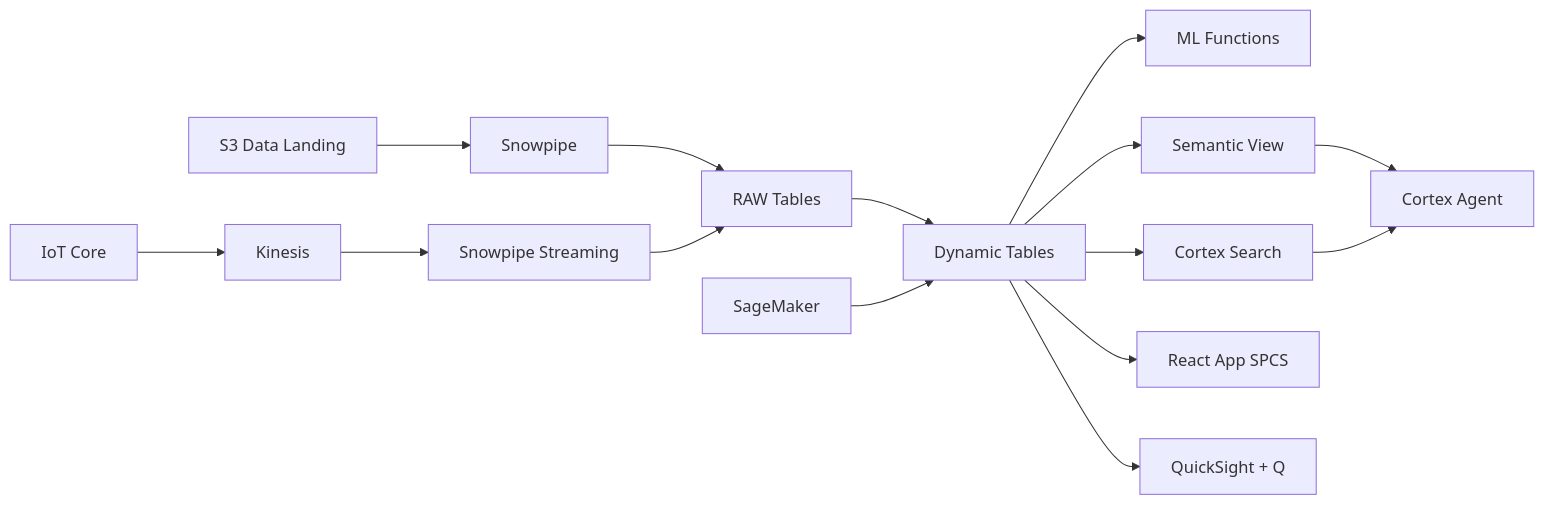
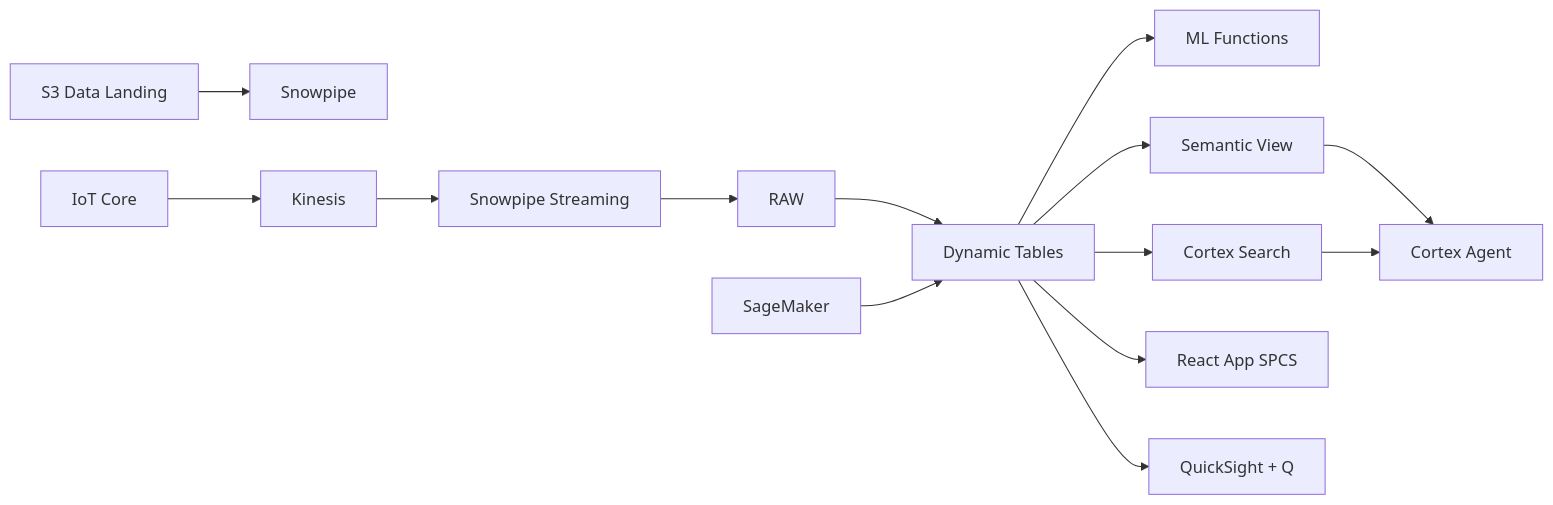
The diagram in README.md (sfc-gh-jasvestis/aws-malaysia-palm-oil-precision-ag), drawn with Mermaid before and after one commit. The commit also changed 7 other files, not shown here.

Commit message:
Fix: add all source files, .gitignore, fix Mermaid diagram

````diff
--- a/README.md
+++ b/README.md
@@ -9,17 +9,16 @@
 ```mermaid
 flowchart LR
     S3[S3 Data Landing] --> SP[Snowpipe]
     IOT[IoT Core] --> KIN[Kinesis]
     KIN --> SPS[Snowpipe Streaming]
-    SP --> RAW[RAW Tables]
     SPS --> RAW
     RAW --> DT[Dynamic Tables]
     DT --> ML[ML Functions]
     DT --> SEARCH[Cortex Search]
     DT --> SV[Semantic View]
     SV --> AGENT[Cortex Agent]
     SEARCH --> AGENT
     DT --> APP[React App SPCS]
     SM[SageMaker] --> DT
     DT --> QS[QuickSight + Q]
 ```
````
